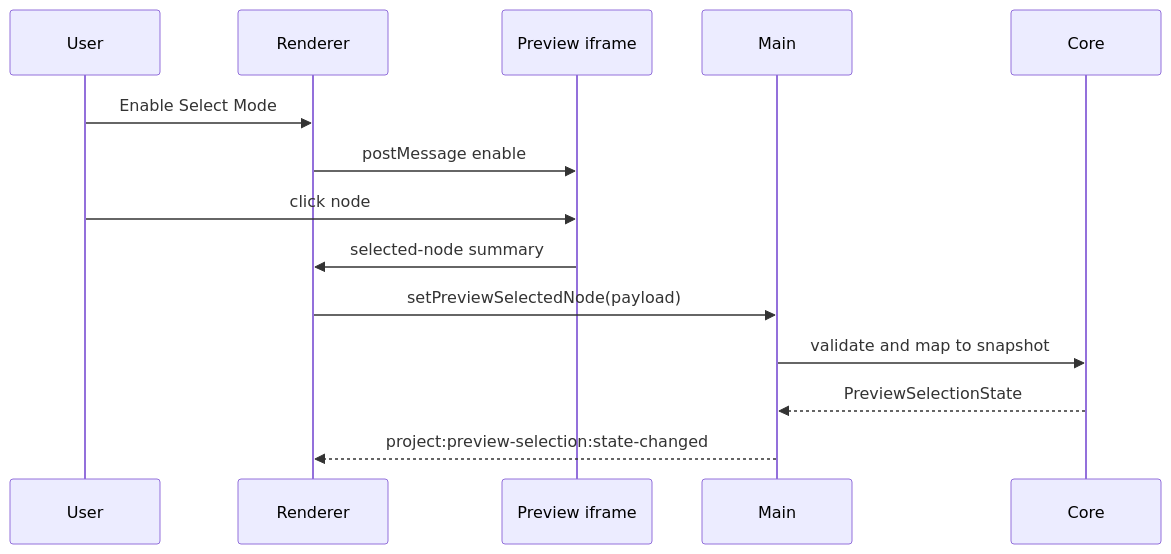
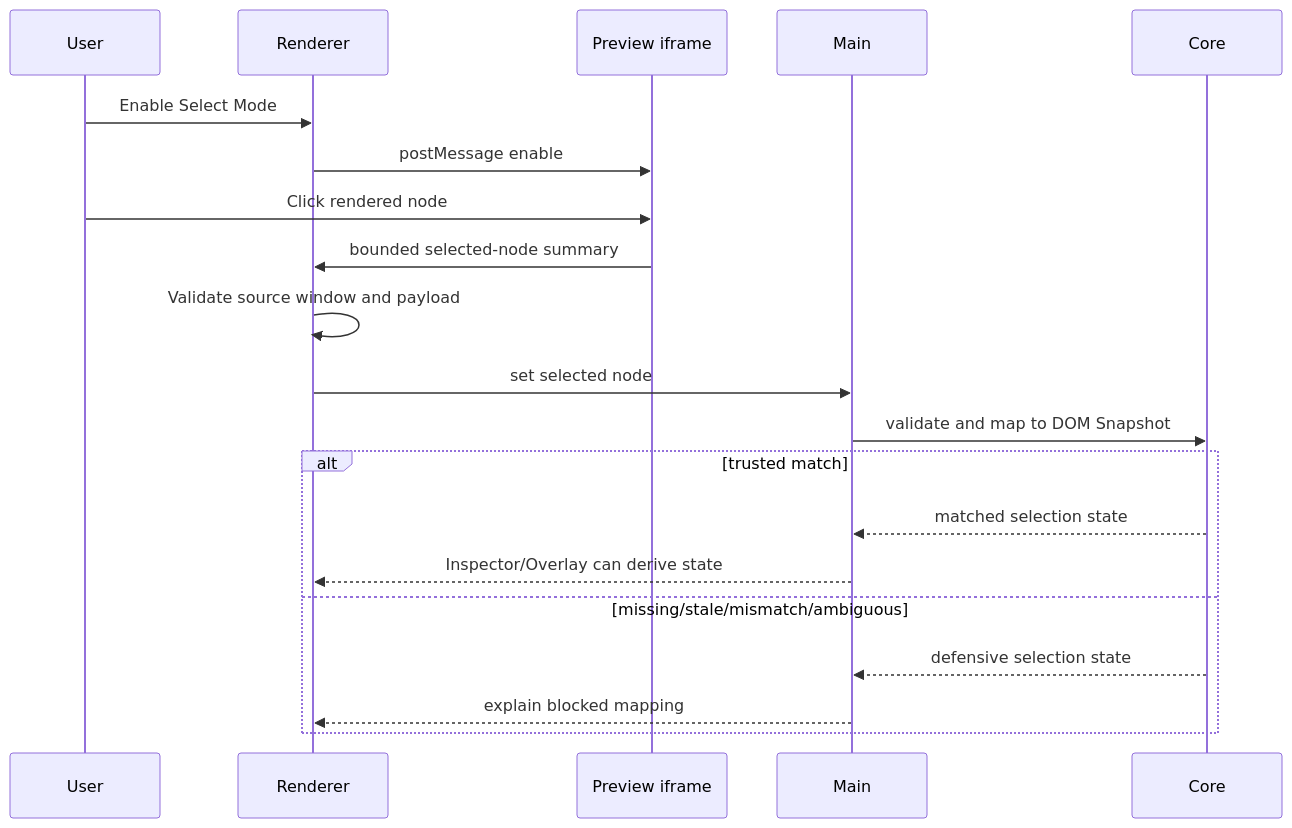
The diagram in docs/architecture/preview/preview-selection.md (krestosa/Crystal), drawn with Mermaid before and after one commit. The commit also changed other lines of this file and 12 other files, not shown here.

````diff
--- a/docs/architecture/preview/preview-selection.md
+++ b/docs/architecture/preview/preview-selection.md
@@ -15,17 +66,23 @@
 ```mermaid
 sequenceDiagram
   participant User
   participant Renderer
   participant Iframe as Preview iframe
   participant Main
   participant Core
 
   User->>Renderer: Enable Select Mode
   Renderer->>Iframe: postMessage enable
-  User->>Iframe: click node
-  Iframe->>Renderer: selected-node summary
-  Renderer->>Main: setPreviewSelectedNode(payload)
-  Main->>Core: validate and map to snapshot
-  Core-->>Main: PreviewSelectionState
-  Main-->>Renderer: project:preview-selection:state-changed
+  User->>Iframe: Click rendered node
+  Iframe->>Renderer: bounded selected-node summary
+  Renderer->>Renderer: Validate source window and payload
+  Renderer->>Main: set selected node
+  Main->>Core: validate and map to DOM Snapshot
+  alt trusted match
+    Core-->>Main: matched selection state
+    Main-->>Renderer: Inspector/Overlay can derive state
+  else missing/stale/mismatch/ambiguous
+    Core-->>Main: defensive selection state
+    Main-->>Renderer: explain blocked mapping
+  end
 ```
````
